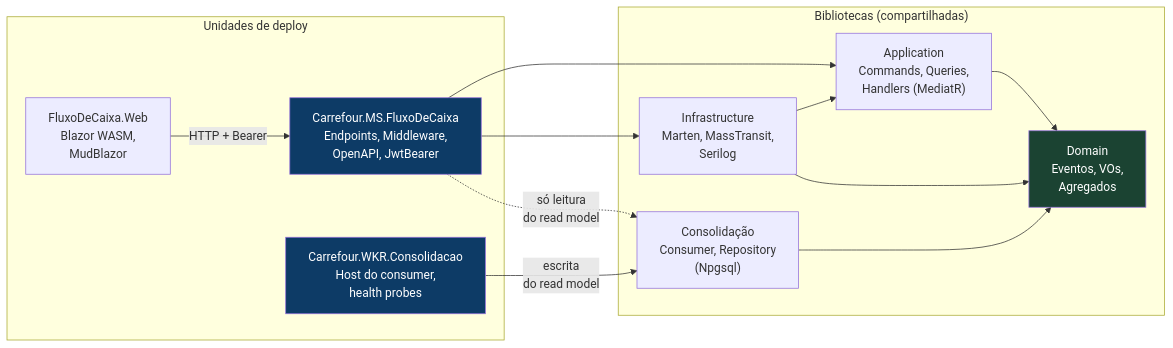
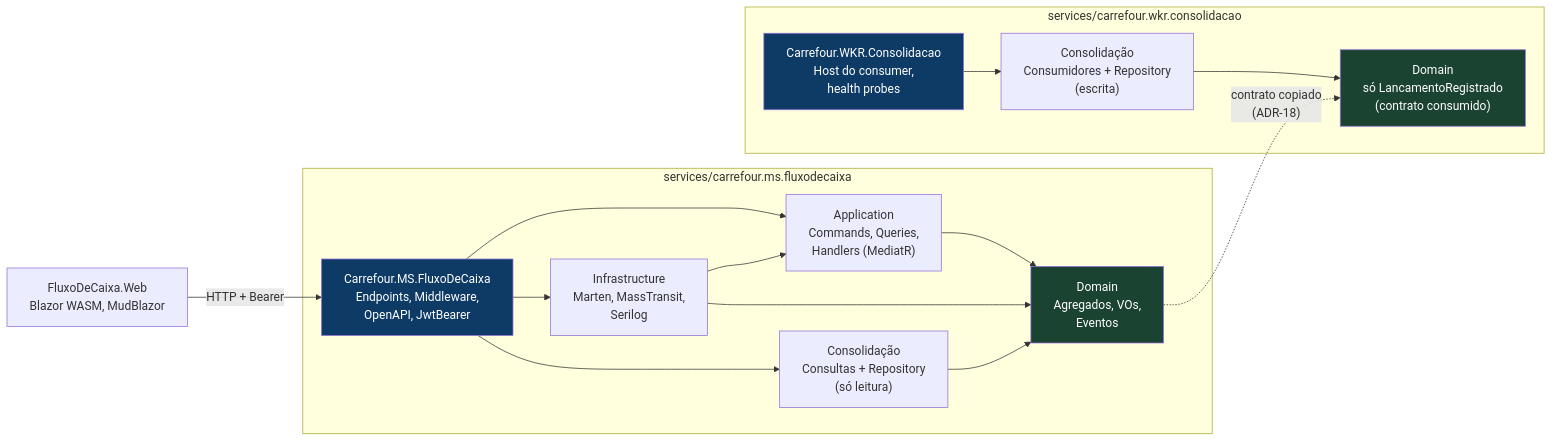
Before and after one commit to cassio4ntunes-sudo/desafio_arquitetura_solucoes: the third of 5 diagrams in ARCHITECTURE.md, drawn with Mermaid. The commit also changed other lines of this file and 5 other files, not shown here.

````diff
--- a/ARCHITECTURE.md
+++ b/ARCHITECTURE.md
@@ -77,32 +77,38 @@
 ```mermaid
 graph LR
-    subgraph Deploy["Unidades de deploy"]
-        Web["FluxoDeCaixa.Web<br/>Blazor WASM,<br/>MudBlazor"]
+    Web["FluxoDeCaixa.Web<br/>Blazor WASM, MudBlazor"]
+
+    subgraph MSTree["services/carrefour.ms.fluxodecaixa"]
         MS["Carrefour.MS.FluxoDeCaixa<br/>Endpoints, Middleware,<br/>OpenAPI, JwtBearer"]
-        WKR["Carrefour.WKR.Consolidacao<br/>Host do consumer,<br/>health probes"]
+        MSApp["Application<br/>Commands, Queries,<br/>Handlers (MediatR)"]
+        MSInfra["Infrastructure<br/>Marten, MassTransit,<br/>Serilog"]
+        MSCons["Consolidação<br/>Consultas + Repository<br/>(só leitura)"]
+        MSDom["Domain<br/>Agregados, VOs,<br/>Eventos"]
     end
 
-    subgraph Libs["Bibliotecas (compartilhadas)"]
-        Application["Application<br/>Commands, Queries,<br/>Handlers (MediatR)"]
-        Infrastructure["Infrastructure<br/>Marten, MassTransit,<br/>Serilog"]
-        Consolidacao["Consolidação<br/>Consumer, Repository<br/>(Npgsql)"]
-        Domain["Domain<br/>Eventos, VOs,<br/>Agregados"]
+    subgraph WKRTree["services/carrefour.wkr.consolidacao"]
+        WKR["Carrefour.WKR.Consolidacao<br/>Host do consumer,<br/>health probes"]
+        WKRCons["Consolidação<br/>Consumidores + Repository<br/>(escrita)"]
+        WKRDom["Domain<br/>só LancamentoRegistrado<br/>(contrato consumido)"]
     end
 
     Web -->|"HTTP + Bearer"| MS
 
-    MS --> Application
-    MS --> Infrastructure
-    MS -.->|"só leitura<br/>do read model"| Consolidacao
+    MS --> MSApp
+    MS --> MSInfra
+    MS --> MSCons
+    MSInfra --> MSApp
+    MSInfra --> MSDom
+    MSApp --> MSDom
+    MSCons --> MSDom
 
-    WKR -->|"escrita<br/>do read model"| Consolidacao
+    WKR --> WKRCons
+    WKRCons --> WKRDom
 
-    Infrastructure --> Application
-    Infrastructure --> Domain
-    Application --> Domain
-    Consolidacao --> Domain
+    MSDom -. "contrato copiado<br/>(ADR-18)" .-> WKRDom
 
     style MS fill:#0d3b66,color:#fff
     style WKR fill:#0d3b66,color:#fff
-    style Domain fill:#1b4332,color:#fff
+    style MSDom fill:#1b4332,color:#fff
+    style WKRDom fill:#1b4332,color:#fff
 ```
````
